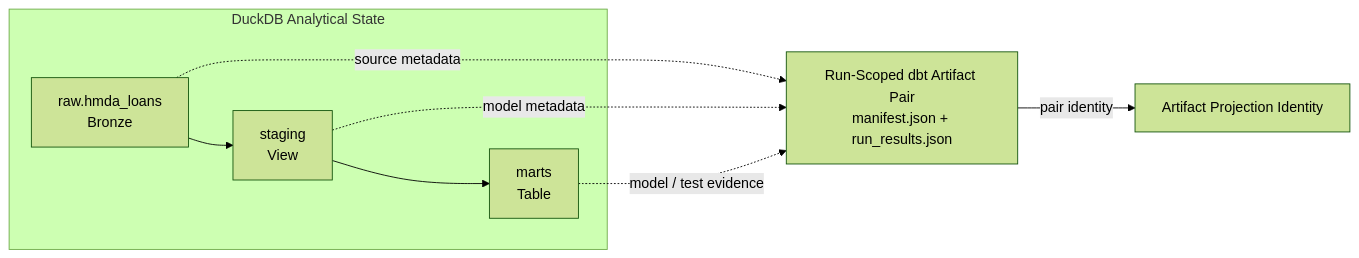
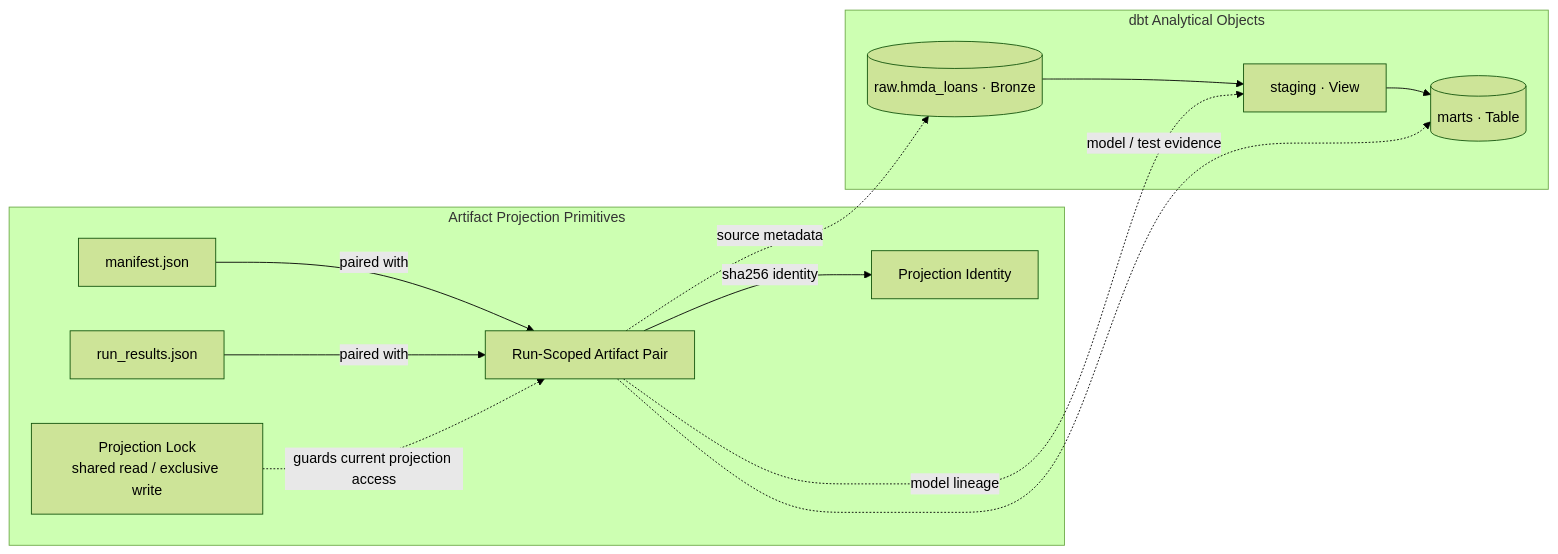
One commit to mols3131d/hmda-data-reliability changed the diagram in docs/domains/data-platform.md. Above: the diagram before and after it, drawn with Mermaid (forest theme).

Commit message:
docs: refine data platform Mermaid semantics

````diff
--- a/docs/domains/data-platform.md
+++ b/docs/domains/data-platform.md
@@ -19,14 +19,17 @@
 ```mermaid
 flowchart LR
-    subgraph analytical_state ["DuckDB Analytical State"]
-        bronze["raw.hmda_loans<br/>Bronze"] --> staging["staging<br/>View"] --> mart["marts<br/>Table"]
+    subgraph analytical_state ["dbt Analytical Objects"]
+        bronze[("raw.hmda_loans · Bronze")] --> staging["staging · View"] --> mart[("marts · Table")]
     end
 
-    artifacts["Run-Scoped dbt Artifact Pair<br/>manifest.json + run_results.json"]
-    identity["Artifact Projection Identity"]
+    subgraph projection ["Artifact Projection Primitives"]
+        manifest["manifest.json"] -->|paired with| pair["Run-Scoped Artifact Pair"]
+        results["run_results.json"] -->|paired with| pair
+        pair -->|sha256 identity| identity["Projection Identity"]
+        lock["Projection Lock<br/>shared read / exclusive write"] -.->|guards current projection access| pair
+    end
 
-    bronze -.->|source metadata| artifacts
-    staging -.->|model metadata| artifacts
-    mart -.->|model / test evidence| artifacts
-    artifacts -->|pair identity| identity
+    pair -.->|source metadata| bronze
+    pair -.->|model lineage| staging
+    pair -.->|model / test evidence| mart
 ```
````
